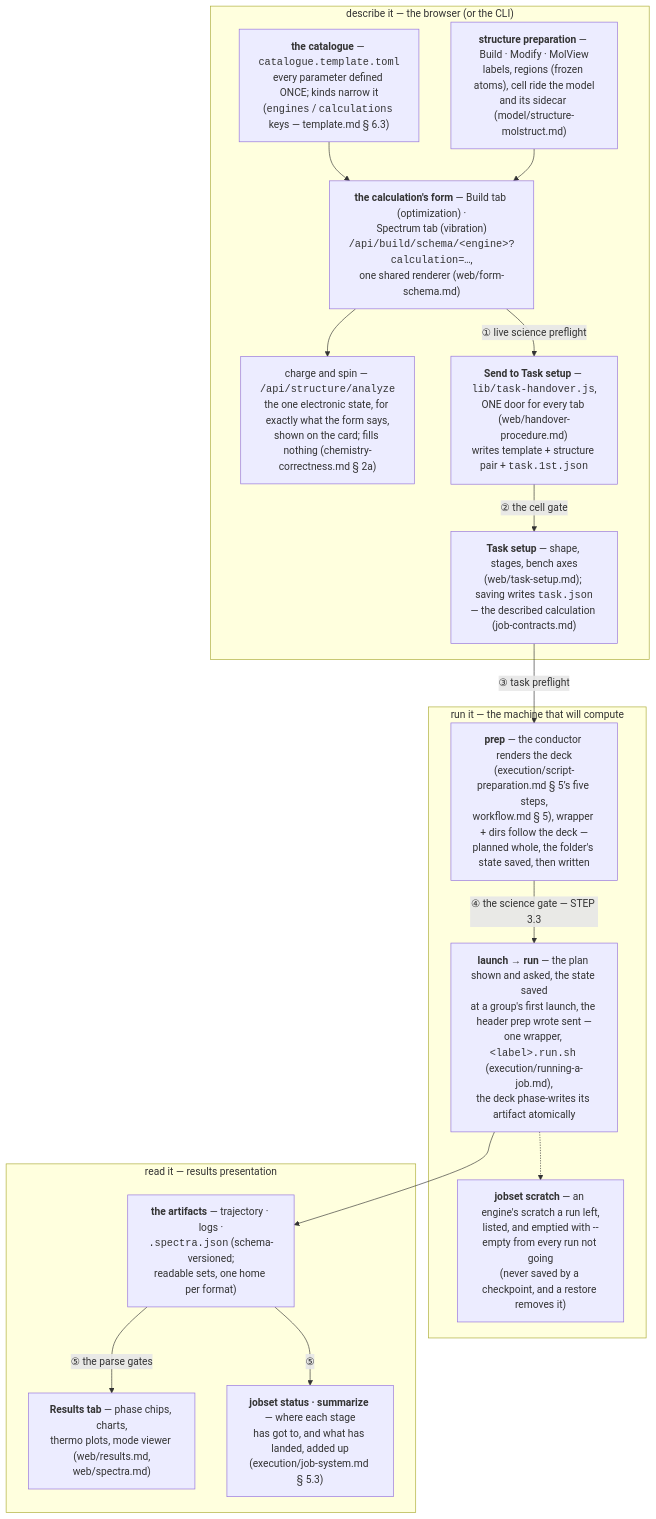
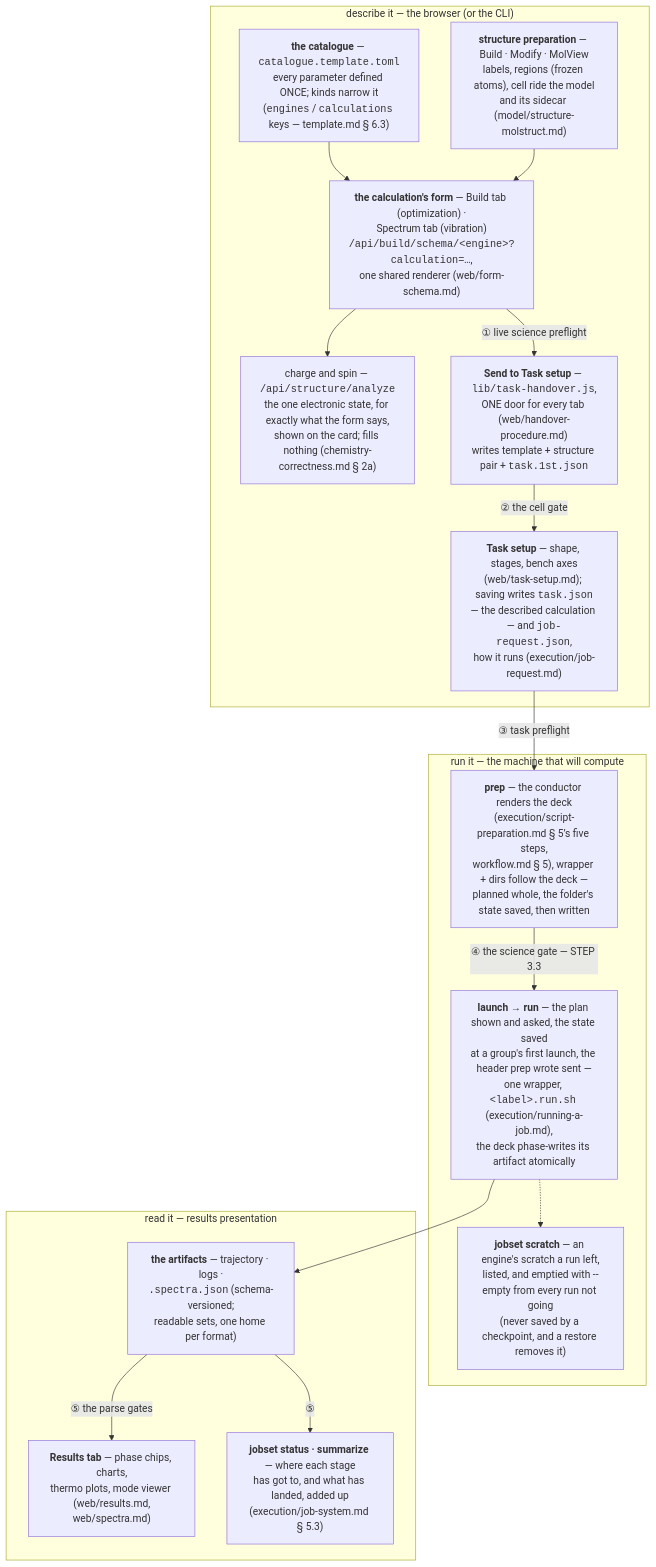
The fourth of 4 diagrams in docs/workflow.md (Qing-LAB/molbuilder), drawn with Mermaid before and after one commit. The commit also changed other lines of this file and 196 other files, not shown here.

````diff
--- a/docs/workflow.md
+++ b/docs/workflow.md
@@ -513,33 +516,33 @@
 ```mermaid
 flowchart TB
     subgraph DESCRIBE["describe it — the browser (or the CLI)"]
         CAT["<b>the catalogue</b> — <code>catalogue.template.toml</code><br/>every parameter defined ONCE; kinds narrow it<br/>(<code>engines</code> / <code>calculations</code> keys — template.md § 6.3)"]
         STRUCT["<b>structure preparation</b> — Build · Modify · MolView<br/>labels, regions (frozen atoms), cell ride the model<br/>and its sidecar (model/structure-molstruct.md)"]
         FORM["<b>the calculation's form</b> — Build tab (optimization) ·<br/>Spectrum tab (vibration)<br/><code>/api/build/schema/&lt;engine&gt;?calculation=…</code>,<br/>one shared renderer (web/form-schema.md)"]
         DETECT["charge and spin — <code>/api/structure/analyze</code><br/>the one electronic state, for exactly what the form says,<br/>shown on the card; fills nothing (chemistry-correctness.md § 2a)"]
         SEND["<b>Send to Task setup</b> — <code>lib/task-handover.js</code>,<br/>ONE door for every tab (web/handover-procedure.md)<br/>writes template + structure pair + <code>task.1st.json</code>"]
-        TS["<b>Task setup</b> — shape, stages, bench axes<br/>(web/task-setup.md); saving writes <code>task.json</code><br/>— the described calculation (job-contracts.md)"]
+        TS["<b>Task setup</b> — shape, stages, bench axes<br/>(web/task-setup.md); saving writes <code>task.json</code><br/>— the described calculation — and <code>job-request.json</code>,<br/>how it runs (execution/job-request.md)"]
     end
     subgraph MACHINE["run it — the machine that will compute"]
         PREP["<b>prep</b> — the conductor renders the deck<br/>(execution/script-preparation.md § 5’s five steps,<br/>workflow.md § 5), wrapper + dirs follow the deck —<br/>planned whole, the folder's state saved, then written"]
         RUN["<b>launch → run</b> — the plan shown and asked, the state saved<br/>at a group's first launch, the header prep wrote sent —<br/>one wrapper, <code>&lt;label&gt;.run.sh</code> (execution/running-a-job.md),<br/>the deck phase-writes its artifact atomically"]
         SCR["<b>jobset scratch</b> — an engine's scratch a run left,<br/>listed, and emptied with --empty from every run not going<br/>(never saved by a checkpoint, and a restore removes it)"]
     end
     subgraph READ["read it — results presentation"]
         ART["<b>the artifacts</b> — trajectory · logs ·<br/><code>.spectra.json</code> (schema-versioned;<br/>readable sets, one home per format)"]
         RES["<b>Results tab</b> — phase chips, charts,<br/>thermo plots, mode viewer (web/results.md,<br/>web/spectra.md)"]
         OBS["<b>jobset status · summarize</b> — where each stage<br/>has got to, and what has landed, added up<br/>(execution/job-system.md § 5.3)"]
     end
 
     CAT --> FORM
     STRUCT --> FORM
     FORM --> DETECT
     FORM -->|"① live science preflight"| SEND
     SEND -->|"② the cell gate"| TS
     TS -->|"③ task preflight"| PREP
     PREP -->|"④ the science gate — STEP 3.3"| RUN
     RUN --> ART
     RUN -.-> SCR
     ART -->|"⑤ the parse gates"| RES
     ART -->|"⑤"| OBS
 ```
````
